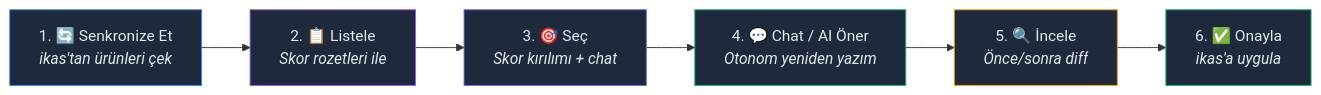
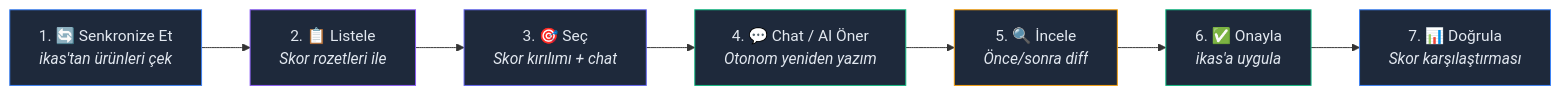
One commit to YigitKa/ikas-ai-seo-agent changed diagram 14 of 15 in README.md. Above: the diagram before and after it, drawn with Mermaid. The commit also changed other lines of this file and 1 other file, not shown here.

Commit message:
feat: Add post-apply verification for SEO changes, including re-fetching and score comparison

````diff
--- a/README.md
+++ b/README.md
@@ -558,15 +583,17 @@
 ```mermaid
 graph LR
     SYNC["1. 🔄 Senkronize Et<br/><i>ikas'tan ürünleri çek</i>"] --> BROWSE["2. 📋 Listele<br/><i>Skor rozetleri ile</i>"]
     BROWSE --> SELECT["3. 🎯 Seç<br/><i>Skor kırılımı + chat</i>"]
     SELECT --> CHAT["4. 💬 Chat / AI Öner<br/><i>Otonom yeniden yazım</i>"]
     CHAT --> REVIEW["5. 🔍 İncele<br/><i>Önce/sonra diff</i>"]
     REVIEW --> APPLY["6. ✅ Onayla<br/><i>ikas'a uygula</i>"]
+    APPLY --> VERIFY["7. 📊 Doğrula<br/><i>Skor karşılaştırması</i>"]
 
     style SYNC fill:#1e293b,stroke:#3b82f6,color:#e2e8f0
     style BROWSE fill:#1e293b,stroke:#8b5cf6,color:#e2e8f0
     style SELECT fill:#1e293b,stroke:#6366f1,color:#e2e8f0
     style CHAT fill:#1e293b,stroke:#10b981,color:#e2e8f0
     style REVIEW fill:#1e293b,stroke:#f59e0b,color:#e2e8f0
     style APPLY fill:#1e293b,stroke:#10b981,color:#e2e8f0
+    style VERIFY fill:#1e293b,stroke:#3b82f6,color:#e2e8f0
 ```
````
